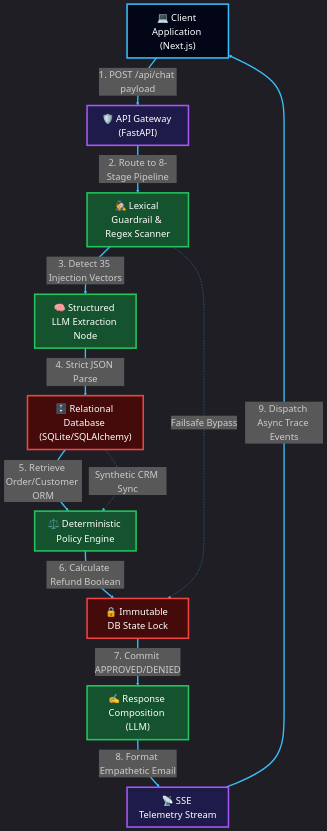
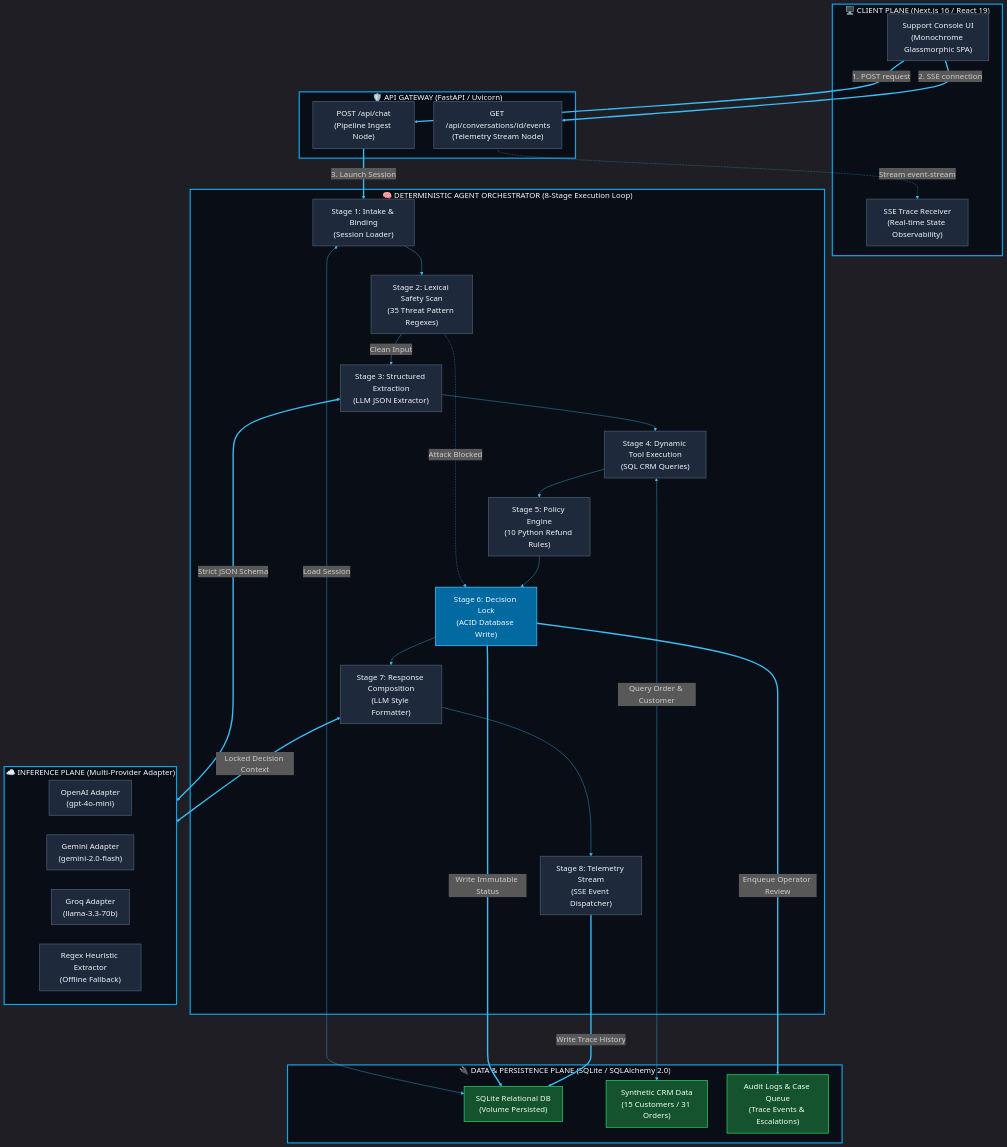
Before and after one commit to kunal-gh/Andromeda: the diagram in README.md, drawn with Mermaid. The commit also changed other lines of this file, not shown here.

````diff
--- a/README.md
+++ b/README.md
@@ -34,47 +49,84 @@
 %%{init: {
   'theme': 'dark',
   'themeVariables': {
-    'fontSize': '24px',
-    'fontFamily': 'Space Grotesk, system-ui, sans-serif',
+    'fontSize': '20px',
+    'fontFamily': 'Space Grotesk, Inter, system-ui, sans-serif',
     'primaryColor': '#0f172a',
     'primaryTextColor': '#f8fafc',
     'primaryBorderColor': '#38bdf8',
     'lineColor': '#38bdf8',
     'secondaryColor': '#1e293b',
-    'tertiaryColor': '#0f172a',
-    'nodeBorder': '#0ea5e9'
+    'tertiaryColor': '#0f172a'
   }
 }}%%
 graph TD
-    %% Global styling
-    classDef client fill:#020617,stroke:#38bdf8,stroke-width:4px,color:#fff;
-    classDef gateway fill:#1e1b4b,stroke:#a855f7,stroke-width:4px,color:#fff;
-    classDef engine fill:#14532d,stroke:#22c55e,stroke-width:4px,color:#fff;
-    classDef db fill:#450a0a,stroke:#ef4444,stroke-width:4px,color:#fff;
+    subgraph ClientPlane["🖥️ CLIENT PLANE (Next.js 16 / React 19)"]
+        UI["Support Console UI<br/>(Monochrome Glassmorphic SPA)"]
+        SSEListener["SSE Trace Receiver<br/>(Real-time State Observability)"]
+    end
 
-    %% Nodes
-    A["💻 Client Application (Next.js)"]:::client
-    B["🛡️ API Gateway (FastAPI)"]:::gateway
-    C["🕵️ Lexical Guardrail & Regex Scanner"]:::engine
-    D["🧠 Structured LLM Extraction Node"]:::engine
-    E["🗄️ Relational Database (SQLite/SQLAlchemy)"]:::db
-    F["⚖️ Deterministic Policy Engine"]:::engine
-    G["🔒 Immutable DB State Lock"]:::db
-    H["✍️ Response Composition (LLM)"]:::engine
-    I["📡 SSE Telemetry Stream"]:::gateway
+    subgraph APIGateway["🛡️ API GATEWAY (FastAPI / Uvicorn)"]
+        ChatEndpoint["POST /api/chat<br/>(Pipeline Ingest Node)"]
+        SSEEndpoint["GET /api/conversations/id/events<br/>(Telemetry Stream Node)"]
+    end
 
-    %% Connections
-    A == "1. POST /api/chat payload" ==> B
-    B == "2. Route to 8-Stage Pipeline" ==> C
-    C == "3. Detect 35 Injection Vectors" ==> D
-    D == "4. Strict JSON Parse" ==> E
-    E == "5. Retrieve Order/Customer ORM" ==> F
-    F == "6. Calculate Refund Boolean" ==> G
-    G == "7. Commit APPROVED/DENIED" ==> H
-    H == "8. Format Empathetic Email" ==> I
-    I == "9. Dispatch Async Trace Events" ==> A
+    subgraph AgentPipeline["🧠 DETERMINISTIC AGENT ORCHESTRATOR (8-Stage Execution Loop)"]
+        S1["Stage 1: Intake & Binding<br/>(Session Loader)"]
+        S2["Stage 2: Lexical Safety Scan<br/>(35 Threat Pattern Regexes)"]
+        S3["Stage 3: Structured Extraction<br/>(LLM JSON Extractor)"]
+        S4["Stage 4: Dynamic Tool Execution<br/>(SQL CRM Queries)"]
+        S5["Stage 5: Policy Engine<br/>(10 Python Refund Rules)"]
+        S6["Stage 6: Decision Lock<br/>(ACID Database Write)"]
+        S7["Stage 7: Response Composition<br/>(LLM Style Formatter)"]
+        S8["Stage 8: Telemetry Stream<br/>(SSE Event Dispatcher)"]
+    end
 
-    %% Cross-layer interconnects showing non-isolated execution
-    C -. "Failsafe Bypass" .-> G
-    E -. "Synthetic CRM Sync" .-> F
+    subgraph DataPlane["🔌 DATA & PERSISTENCE PLANE (SQLite / SQLAlchemy 2.0)"]
+        DB["SQLite Relational DB<br/>(Volume Persisted)"]
+        CRM["Synthetic CRM Data<br/>(15 Customers / 31 Orders)"]
+        Audits["Audit Logs & Case Queue<br/>(Trace Events & Escalations)"]
+    end
+
+    subgraph LLMPlane["☁️ INFERENCE PLANE (Multi-Provider Adapter)"]
+        OpenAI["OpenAI Adapter<br/>(gpt-4o-mini)"]
+        Gemini["Gemini Adapter<br/>(gemini-2.0-flash)"]
+        Groq["Groq Adapter<br/>(llama-3.3-70b)"]
+        Fallback["Regex Heuristic Extractor<br/>(Offline Fallback)"]
+    end
+
+    %% Client and Gateway Relations
+    UI == "1. POST request" ==> ChatEndpoint
+    UI == "2. SSE connection" ==> SSEEndpoint
+    SSEEndpoint -.->|Stream event-stream| SSEListener
+
+    %% Gateway and Agent Loop Relations
+    ChatEndpoint == "3. Launch Session" ==> S1
+    S1 --> S2
+    S2 -->|Clean Input| S3
+    S2 -.->|Attack Blocked| S6
+    S3 <==>|Strict JSON Schema| LLMPlane
+    S3 --> S4
+    S4 --> S5
+    S5 --> S6
+    S6 --> S7
+    S7 <==>|Locked Decision Context| LLMPlane
+    S7 --> S8
+
+    %% Agent Loop and Data Plane Relations
+    S1 <-->|Load Session| DB
+    S4 <-->|Query Order & Customer| CRM
+    S6 ===>|Write Immutable Status| DB
+    S6 ===>|Enqueue Operator Review| Audits
+    S8 ===>|Write Trace History| DB
+
+    %% Style Classes
+    classDef plane fill:#090d16,stroke:#0ea5e9,stroke-width:3px,color:#f8fafc;
+    classDef node fill:#1e293b,stroke:#475569,stroke-width:2px,color:#f1f5f9;
+    classDef highlighted fill:#0369a1,stroke:#38bdf8,stroke-width:2px,color:#f0f9ff;
+    classDef database fill:#14532d,stroke:#22c55e,stroke-width:2px,color:#f0fdf4;
+
+    class ClientPlane,APIGateway,AgentPipeline,DataPlane,LLMPlane plane;
+    class UI,SSEListener,ChatEndpoint,SSEEndpoint,S1,S2,S3,S4,S5,S7,S8,OpenAI,Gemini,Groq,Fallback node;
+    class S6 highlighted;
+    class DB,CRM,Audits database;
 ```
````
